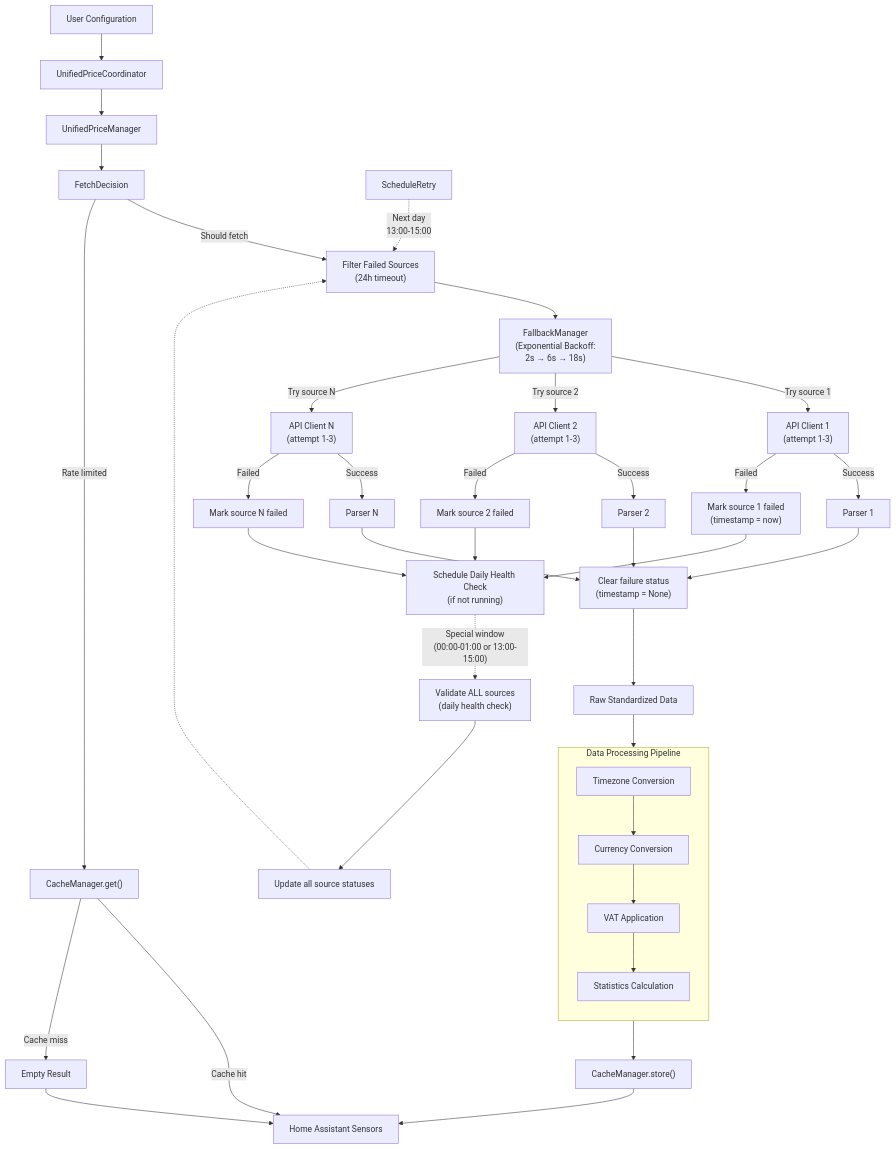
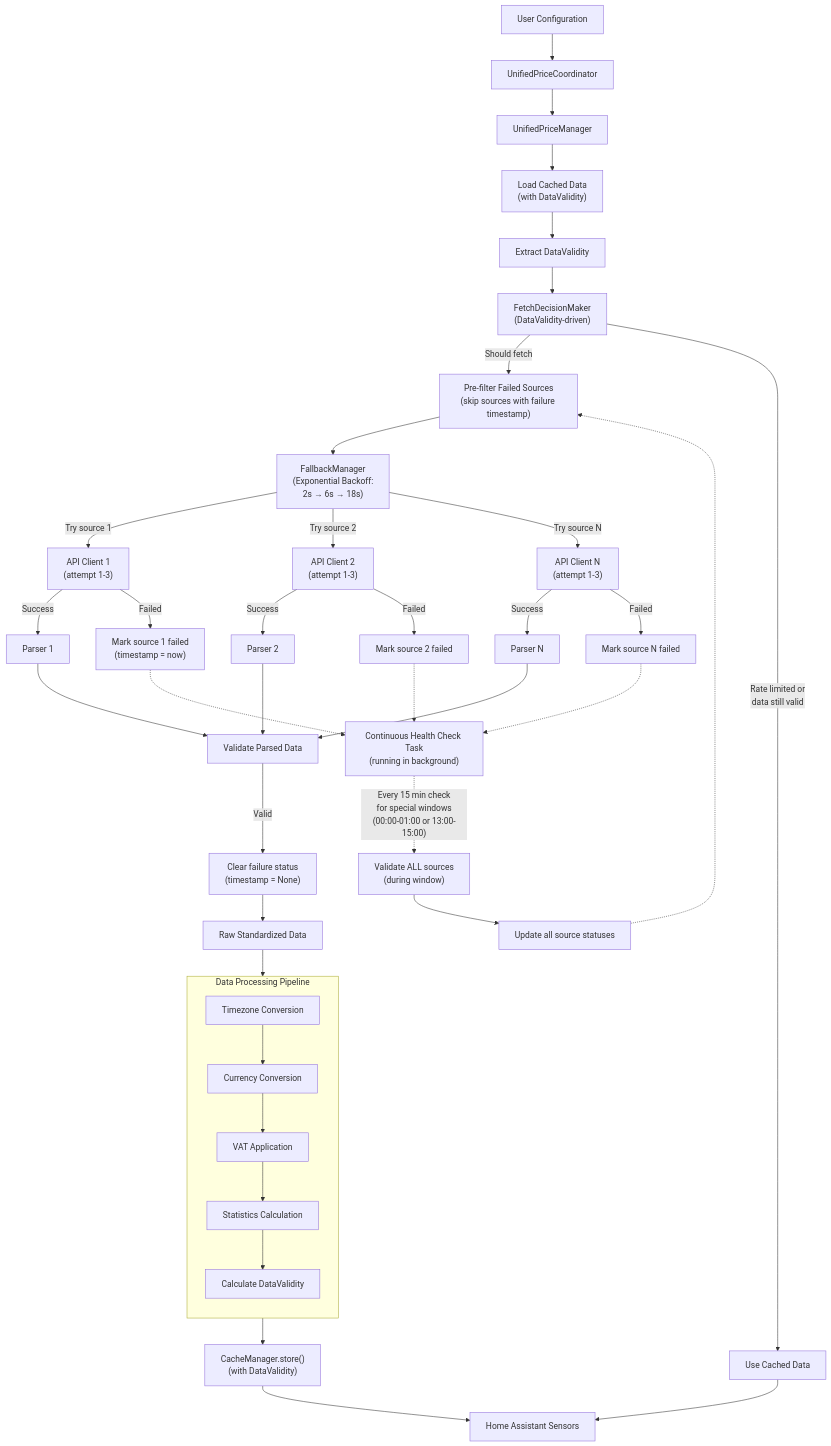
One commit to enoch85/ge-spot changed the first of 4 diagrams in README.md. Above: the diagram before and after it, drawn with Mermaid. The commit also changed other lines of this file and 23 other files, not shown here.

````diff
--- a/README.md
+++ b/README.md
@@ -514,55 +514,56 @@
 ```mermaid
 flowchart TD
     Config["User Configuration"] --> Coord["UnifiedPriceCoordinator"]
     Coord --> UPM["UnifiedPriceManager"]
     
-    UPM --> FetchDecision["FetchDecision"]
-    FetchDecision --> |"Should fetch"| FilterSources["Filter Failed Sources<br/>(24h timeout)"]
-    FetchDecision --> |"Rate limited"| Cache["CacheManager.get()"]
+    UPM --> LoadCache["Load Cached Data<br/>(with DataValidity)"]
+    LoadCache --> ExtractValidity["Extract DataValidity"]
+    ExtractValidity --> FetchDecision["FetchDecisionMaker<br/>(DataValidity-driven)"]
+    
+    FetchDecision --> |"Should fetch"| FilterSources["Pre-filter Failed Sources<br/>(skip sources with failure timestamp)"]
+    FetchDecision --> |"Rate limited or<br/>data still valid"| UseCache["Use Cached Data"]
     
     FilterSources --> FallbackMgr["FallbackManager<br/>(Exponential Backoff:<br/>2s → 6s → 18s)"]
     
     FallbackMgr --> |"Try source 1"| API1["API Client 1<br/>(attempt 1-3)"]
     FallbackMgr --> |"Try source 2"| API2["API Client 2<br/>(attempt 1-3)"] 
     FallbackMgr --> |"Try source N"| APIN["API Client N<br/>(attempt 1-3)"]
     
     API1 --> |"Success"| Parser1["Parser 1"]
     API2 --> |"Success"| Parser2["Parser 2"]
     APIN --> |"Success"| ParserN["Parser N"]
     
     API1 --> |"Failed"| MarkFailed1["Mark source 1 failed<br/>(timestamp = now)"]
     API2 --> |"Failed"| MarkFailed2["Mark source 2 failed"]
     APIN --> |"Failed"| MarkFailedN["Mark source N failed"]
     
-    MarkFailed1 --> ScheduleHealthCheck["Schedule Daily Health Check<br/>(if not running)"]
-    MarkFailed2 --> ScheduleHealthCheck
-    MarkFailedN --> ScheduleHealthCheck
+    MarkFailed1 -.-> HealthCheckBG["Continuous Health Check Task<br/>(running in background)"]
+    MarkFailed2 -.-> HealthCheckBG
+    MarkFailedN -.-> HealthCheckBG
     
-    ScheduleHealthCheck -.-> |"Special window<br/>(00:00-01:00 or 13:00-15:00)"| HealthCheck["Validate ALL sources<br/>(daily health check)"]
+    HealthCheckBG -.-> |"Every 15 min check<br/>for special windows<br/>(00:00-01:00 or 13:00-15:00)"| HealthCheck["Validate ALL sources<br/>(during window)"]
     HealthCheck --> UpdateAllStatus["Update all source statuses"]
     UpdateAllStatus -.-> FilterSources
     
-    Parser1 --> ClearFailed["Clear failure status<br/>(timestamp = None)"]
-    Parser2 --> ClearFailed
-    ParserN --> ClearFailed
+    Parser1 --> Validate["Validate Parsed Data"]
+    Parser2 --> Validate
+    ParserN --> Validate
     
+    Validate --> |"Valid"| ClearFailed["Clear failure status<br/>(timestamp = None)"]
     ClearFailed --> RawData["Raw Standardized Data"]
     
     RawData --> DataProcessor["DataProcessor"]
     
     subgraph DataProcessor["Data Processing Pipeline"]
         direction TB
         TZ["Timezone Conversion"] --> Currency["Currency Conversion"]
         Currency --> VAT["VAT Application"]
         VAT --> Stats["Statistics Calculation"]
+        Stats --> CalcValidity["Calculate DataValidity"]
     end
     
-    DataProcessor --> CacheStore["CacheManager.store()"]
+    DataProcessor --> CacheStore["CacheManager.store()<br/>(with DataValidity)"]
     CacheStore --> Sensors["Home Assistant Sensors"]
     
-    Cache --> |"Cache hit"| Sensors
-    Cache --> |"Cache miss"| EmptyResult["Empty Result"]
-    EmptyResult --> Sensors
-    
-    ScheduleRetry -.-> |"Next day<br/>13:00-15:00"| FilterSources
+    UseCache --> Sensors
 ```
````
